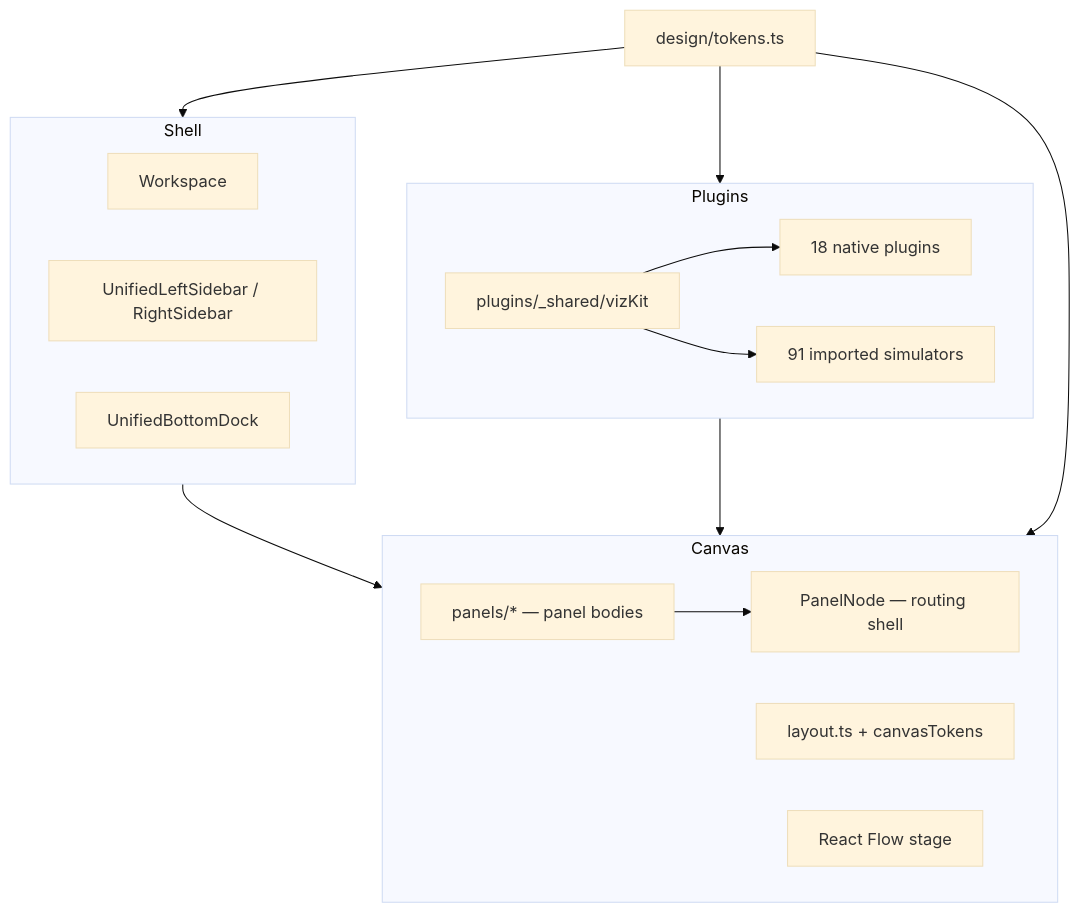
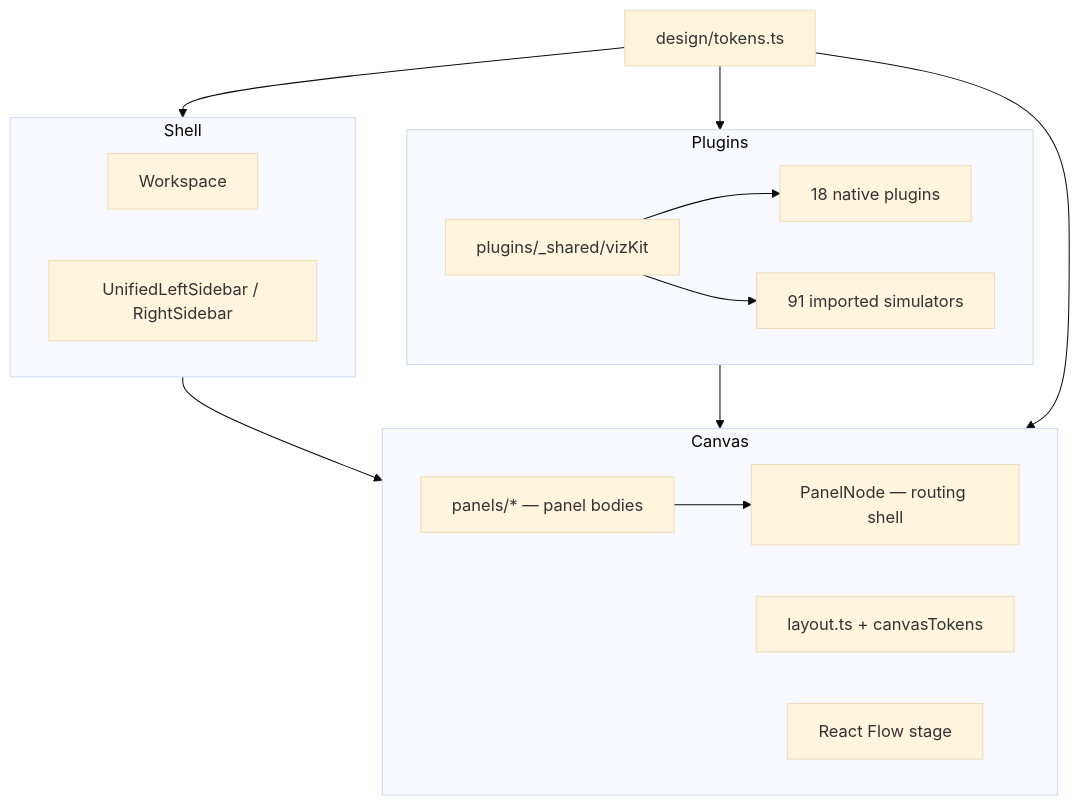
One commit to samir-ahmed-ai/algo-moves changed the diagram in algo-moves/docs/architecture.md. Above: the diagram before and after it, drawn with Mermaid (base theme). The commit also changed 125 other files, not shown here.

````diff
--- a/algo-moves/docs/architecture.md
+++ b/algo-moves/docs/architecture.md
@@ -5,27 +5,26 @@
 ```mermaid
 flowchart TB
   subgraph shell [Shell]
     Workspace
     Sidebars["UnifiedLeftSidebar / RightSidebar"]
-    Dock["UnifiedBottomDock"]
   end
   subgraph canvas [Canvas]
     PanelNode["PanelNode — routing shell"]
     panels["panels/* — panel bodies"]
     layout["layout.ts + canvasTokens"]
     flow["React Flow stage"]
   end
   subgraph plugins [Plugins]
     vizKit["plugins/_shared/vizKit"]
     native["18 native plugins"]
     imported["91 imported simulators"]
   end
   shell --> canvas
   plugins --> canvas
   design["design/tokens.ts"] --> shell
   design --> canvas
   design --> plugins
   vizKit --> native
   vizKit --> imported
   panels --> PanelNode
 ```
````
